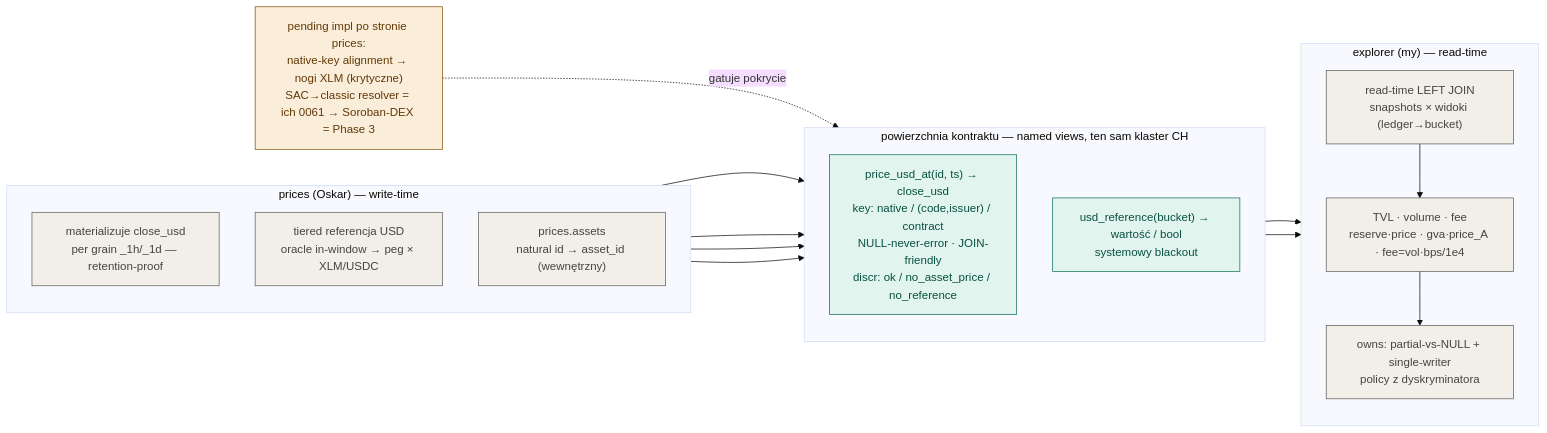
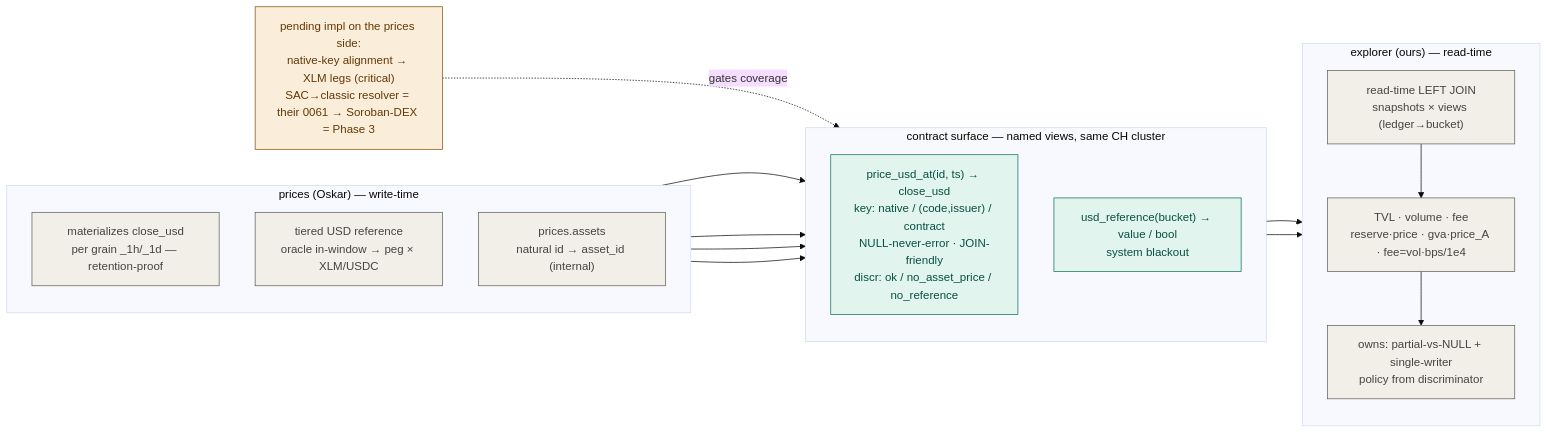
One commit to rumblefishdev/soroban-block-explorer changed the diagram in lore/1-tasks/blocked/0199_FEATURE_lp-analytics/notes/G-explorer-prices-contract.mmd. Above: the diagram before and after it, drawn with Mermaid (base theme). The commit also changed 5 other files, not shown here.

First line of the commit message:
docs: translate diagram labels to English (0199 + 0281)

```diff
--- a/lore/1-tasks/blocked/0199_FEATURE_lp-analytics/notes/G-explorer-prices-contract.mmd
+++ b/lore/1-tasks/blocked/0199_FEATURE_lp-analytics/notes/G-explorer-prices-contract.mmd
@@ -1,35 +1,35 @@
 %% Final contract: explorer <-> prices API (2026-06-12)
 %% Source for G-explorer-prices-contract.svg. Edit + re-render via /mermaid-diagrams.
 graph LR
   subgraph PRICES["prices (Oskar) — write-time"]
     direction TB
-    P1["materializuje close_usd<br/>per grain _1h/_1d — retention-proof"]
-    P2["tiered referencja USD<br/>oracle in-window → peg × XLM/USDC"]
-    P3["prices.assets<br/>natural id → asset_id (wewnętrzny)"]
+    P1["materializes close_usd<br/>per grain _1h/_1d — retention-proof"]
+    P2["tiered USD reference<br/>oracle in-window → peg × XLM/USDC"]
+    P3["prices.assets<br/>natural id → asset_id (internal)"]
   end
-  subgraph IFACE["powierzchnia kontraktu — named views, ten sam klaster CH"]
+  subgraph IFACE["contract surface — named views, same CH cluster"]
     direction TB
     V1["price_usd_at(id, ts) → close_usd<br/>key: native / (code,issuer) / contract<br/>NULL-never-error · JOIN-friendly<br/>discr: ok / no_asset_price / no_reference"]
-    V2["usd_reference(bucket) → wartość / bool<br/>systemowy blackout"]
+    V2["usd_reference(bucket) → value / bool<br/>system blackout"]
   end
-  subgraph EXPL["explorer (my) — read-time"]
+  subgraph EXPL["explorer (ours) — read-time"]
     direction TB
-    E1["read-time LEFT JOIN<br/>snapshots × widoki (ledger→bucket)"]
+    E1["read-time LEFT JOIN<br/>snapshots × views (ledger→bucket)"]
     E2["TVL · volume · fee<br/>reserve·price · gva·price_A · fee=vol·bps/1e4"]
-    E3["owns: partial-vs-NULL + single-writer<br/>policy z dyskryminatora"]
+    E3["owns: partial-vs-NULL + single-writer<br/>policy from discriminator"]
   end
   P1 --> V1
   P2 --> V1
   P3 --> V1
   P1 --> V2
   V1 --> E1
   V2 --> E1
   E1 --> E2 --> E3
-  DEPS["pending impl po stronie prices:<br/>native-key alignment → nogi XLM (krytyczne)<br/>SAC→classic resolver = ich 0061 → Soroban-DEX = Phase 3"]
-  DEPS -.->|gatuje pokrycie| V1
+  DEPS["pending impl on the prices side:<br/>native-key alignment → XLM legs (critical)<br/>SAC→classic resolver = their 0061 → Soroban-DEX = Phase 3"]
+  DEPS -.->|gates coverage| V1
   classDef iface fill:#E1F5EE,stroke:#0F6E56,color:#085041;
   classDef side fill:#F1EFE8,stroke:#5F5E5A,color:#444441;
   classDef deps fill:#FAEEDA,stroke:#854F0B,color:#633806;
   class V1,V2 iface;
   class P1,P2,P3,E1,E2,E3 side;
   class DEPS deps;
```
